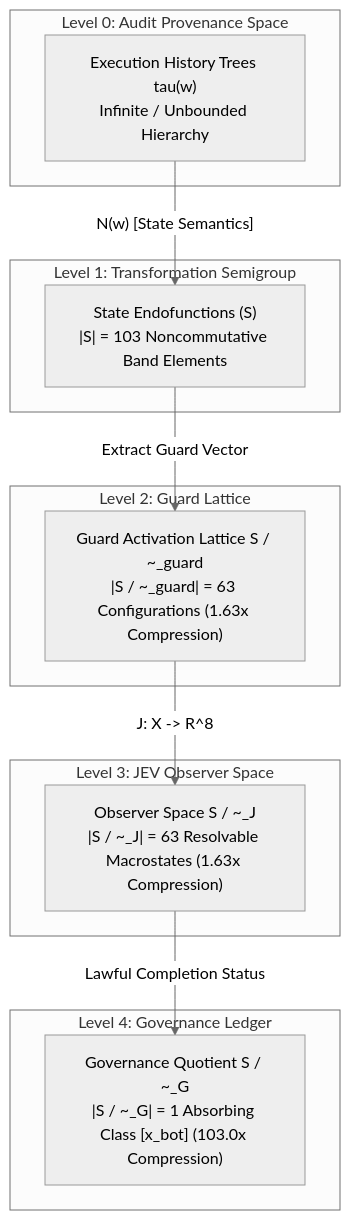
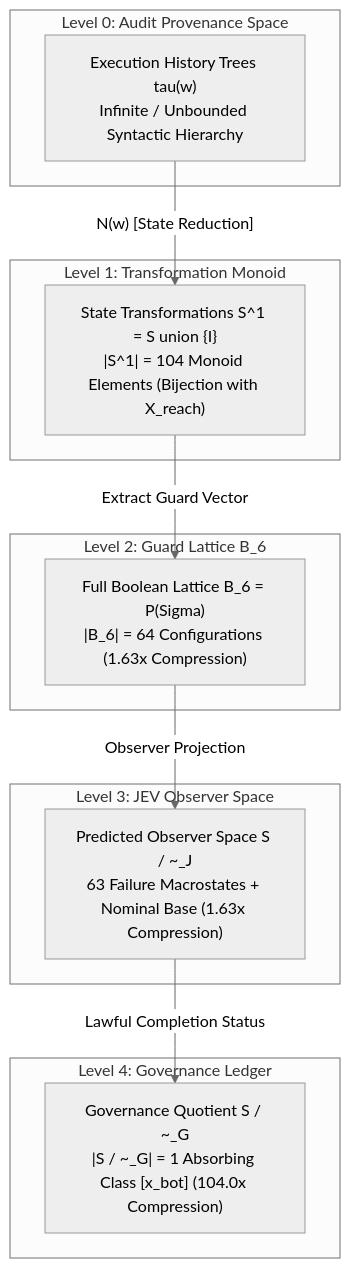
One commit to NB11B/UoW-v3 changed the second of 2 diagrams in docs/JEV_SEMIGROUP_ENUMERATION_EXPERIMENT.md. Above: the diagram before and after it, drawn with Mermaid (neutral theme). The commit also changed other lines of this file and 3 other files, not shown here.

Commit message:
feat(experiment): prove 103-element band theorem over complete reachable closure X_reach with 104-monoid and B6 lattice

````diff
--- a/docs/JEV_SEMIGROUP_ENUMERATION_EXPERIMENT.md
+++ b/docs/JEV_SEMIGROUP_ENUMERATION_EXPERIMENT.md
@@ -163,27 +172,27 @@
 ```mermaid
 flowchart TD
-    subgraph Layer0 ["Level 0: Audit Provenance Space"]
-        T["Execution History Trees tau(w)\nInfinite / Unbounded Hierarchy"]
+    subgraph Tier0 ["Level 0: Audit Provenance Space"]
+        T["Execution History Trees tau(w)\nInfinite / Unbounded Syntactic Hierarchy"]
     end
 
-    subgraph Layer1 ["Level 1: Transformation Semigroup"]
-        S["State Endofunctions (S)\n|S| = 103 Noncommutative Band Elements"]
+    subgraph Tier1 ["Level 1: Transformation Monoid"]
+        M["State Transformations S^1 = S union {I}\n|S^1| = 104 Monoid Elements (Bijection with X_reach)"]
     end
 
-    subgraph Layer2 ["Level 2: Guard Lattice"]
-        G["Guard Activation Lattice S / ~_guard\n|S / ~_guard| = 63 Configurations (1.63x Compression)"]
+    subgraph Tier2 ["Level 2: Guard Lattice B_6"]
+        B["Full Boolean Lattice B_6 = P(Sigma)\n|B_6| = 64 Configurations (1.63x Compression)"]
     end
 
-    subgraph Layer3 ["Level 3: JEV Observer Space"]
-        J["Observer Space S / ~_J\n|S / ~_J| = 63 Resolvable Macrostates (1.63x Compression)"]
+    subgraph Tier3 ["Level 3: JEV Observer Space"]
+        J["Predicted Observer Space S / ~_J\n63 Failure Macrostates + Nominal Base (1.63x Compression)"]
     end
 
-    subgraph Layer4 ["Level 4: Governance Ledger"]
-        Q["Governance Quotient S / ~_G\n|S / ~_G| = 1 Absorbing Class [x_bot] (103.0x Compression)"]
+    subgraph Tier4 ["Level 4: Governance Ledger"]
+        Q["Governance Quotient S / ~_G\n|S / ~_G| = 1 Absorbing Class [x_bot] (104.0x Compression)"]
     end
 
-    T -->|"N(w) [State Semantics]"| S
-    S -->|"Extract Guard Vector"| G
-    G -->|"J: X -> R^8"| J
+    T -->|"N(w) [State Reduction]"| M
+    M -->|"Extract Guard Vector"| B
+    B -->|"Observer Projection"| J
     J -->|"Lawful Completion Status"| Q
 ```
````
